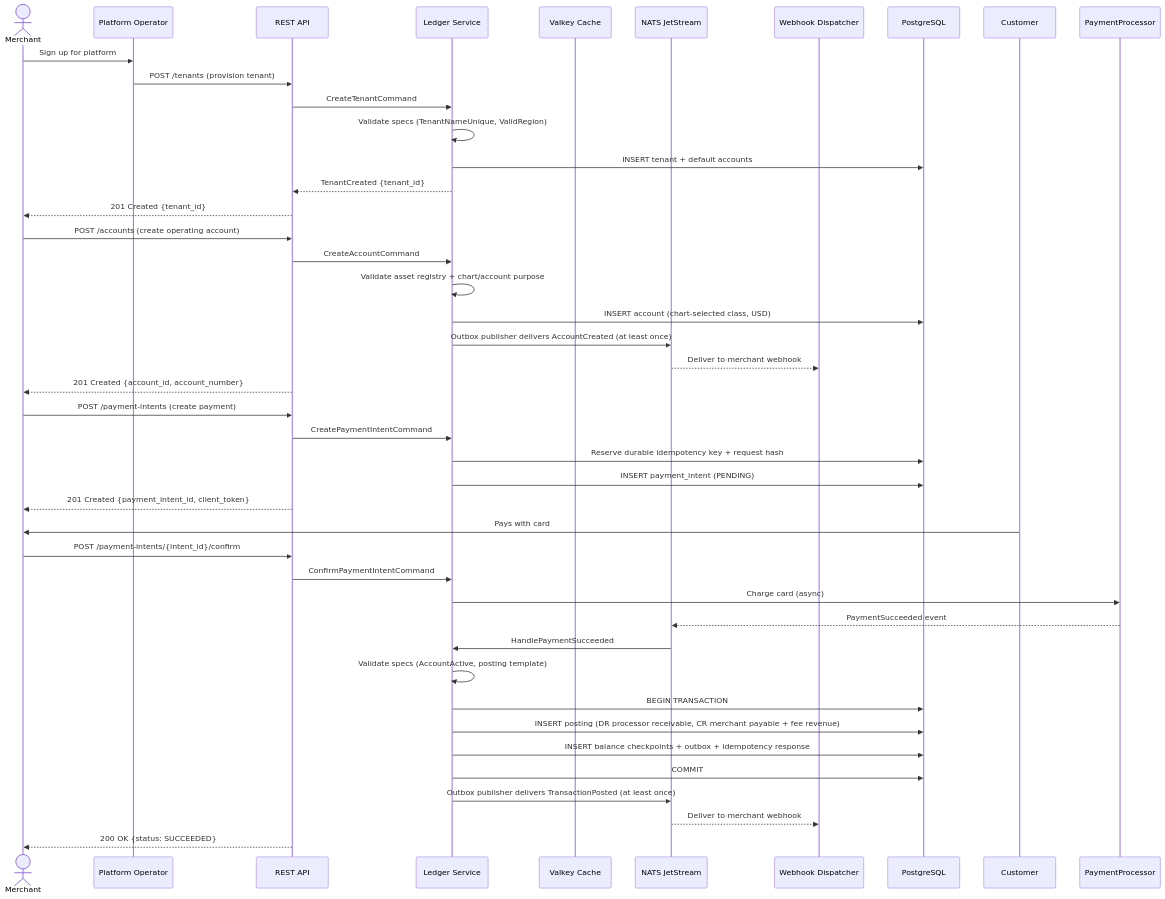
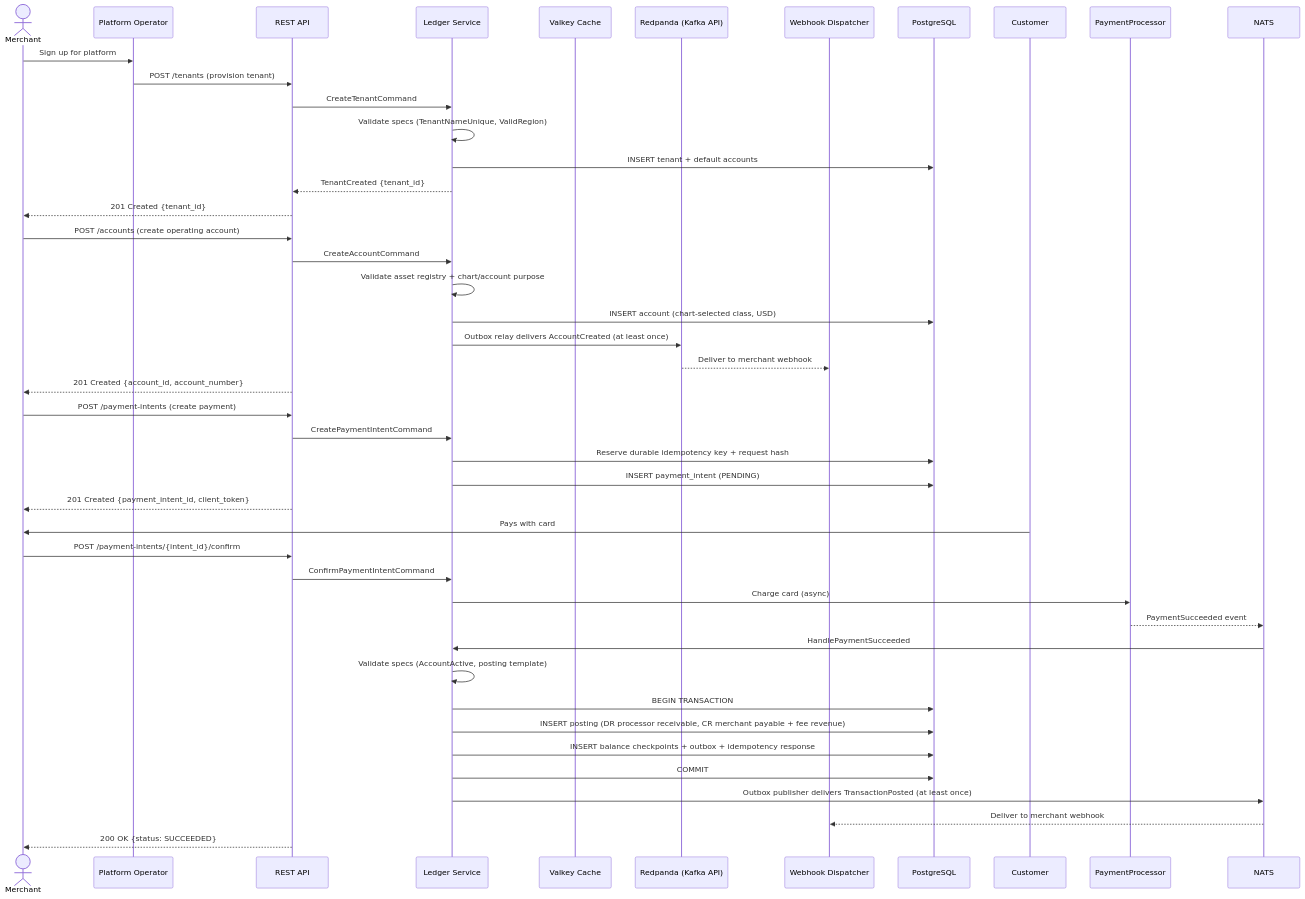
One commit to kadekutama/go-template changed the first of 7 diagrams in docs/user-journeys.md. Above: the diagram before and after it, drawn with Mermaid. The commit also changed other lines of this file and 48 other files, not shown here.

First line of the commit message:
feat(arch): distributed architecture evolution & hybrid migration planning

````diff
--- a/docs/user-journeys.md
+++ b/docs/user-journeys.md
@@ -33,47 +33,47 @@
 ```mermaid
 sequenceDiagram
     actor Merchant
     participant Platform as Platform Operator
     participant API as REST API
     participant Ledger as Ledger Service
     participant Valkey as Valkey Cache
-    participant NATS as NATS JetStream
+    participant Redpanda as Redpanda (Kafka API)
     participant Webhook as Webhook Dispatcher
 
     Merchant->>Platform: Sign up for platform
     Platform->>API: POST /tenants (provision tenant)
     API->>Ledger: CreateTenantCommand
     Ledger->>Ledger: Validate specs (TenantNameUnique, ValidRegion)
     Ledger->>PostgreSQL: INSERT tenant + default accounts
     Ledger-->>API: TenantCreated {tenant_id}
     API-->>Merchant: 201 Created {tenant_id}
 
     Merchant->>API: POST /accounts (create operating account)
     API->>Ledger: CreateAccountCommand
     Ledger->>Ledger: Validate asset registry + chart/account purpose
     Ledger->>PostgreSQL: INSERT account (chart-selected class, USD)
-    Ledger->>NATS: Outbox publisher delivers AccountCreated (at least once)
-    NATS-->>Webhook: Deliver to merchant webhook
+    Ledger->>Redpanda: Outbox relay delivers AccountCreated (at least once)
+    Redpanda-->>Webhook: Deliver to merchant webhook
     API-->>Merchant: 201 Created {account_id, account_number}
 
     Merchant->>API: POST /payment-intents (create payment)
     API->>Ledger: CreatePaymentIntentCommand
     Ledger->>PostgreSQL: Reserve durable idempotency key + request hash
     Ledger->>PostgreSQL: INSERT payment_intent (PENDING)
     API-->>Merchant: 201 Created {payment_intent_id, client_token}
 
     Customer->>Merchant: Pays with card
     Merchant->>API: POST /payment-intents/{intent_id}/confirm
     API->>Ledger: ConfirmPaymentIntentCommand
     Ledger->>PaymentProcessor: Charge card (async)
     PaymentProcessor-->>NATS: PaymentSucceeded event
     NATS->>Ledger: HandlePaymentSucceeded
     Ledger->>Ledger: Validate specs (AccountActive, posting template)
     Ledger->>PostgreSQL: BEGIN TRANSACTION
     Ledger->>PostgreSQL: INSERT posting (DR processor receivable, CR merchant payable + fee revenue)
     Ledger->>PostgreSQL: INSERT balance checkpoints + outbox + idempotency response
     Ledger->>PostgreSQL: COMMIT
     Ledger->>NATS: Outbox publisher delivers TransactionPosted (at least once)
     NATS-->>Webhook: Deliver to merchant webhook
     API-->>Merchant: 200 OK {status: SUCCEEDED}
 ```
````
